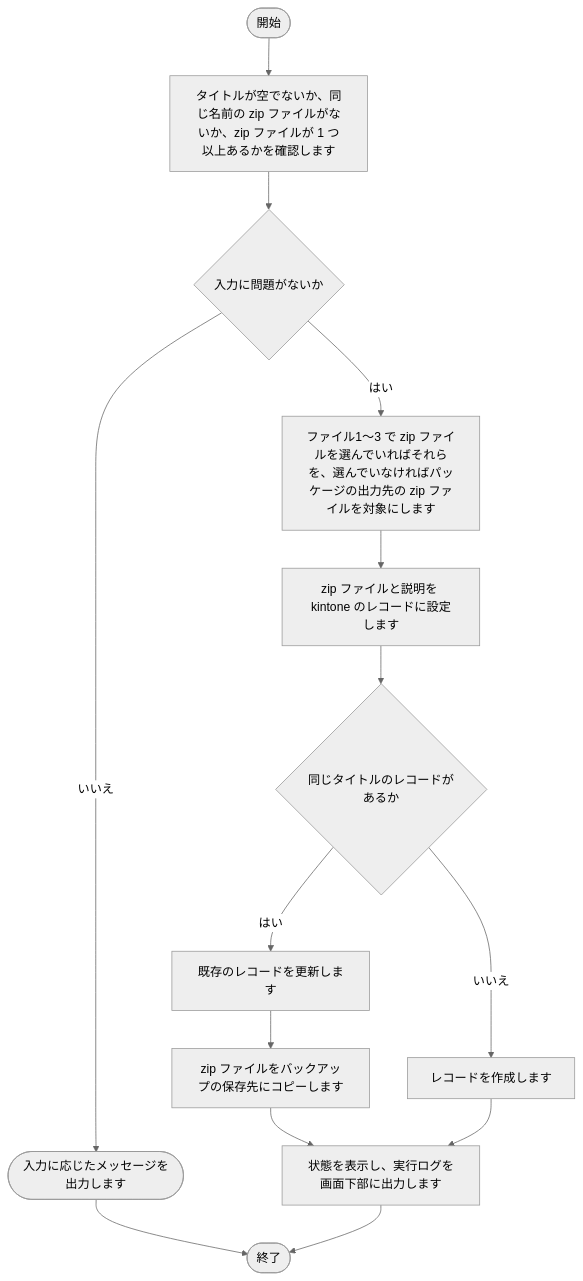
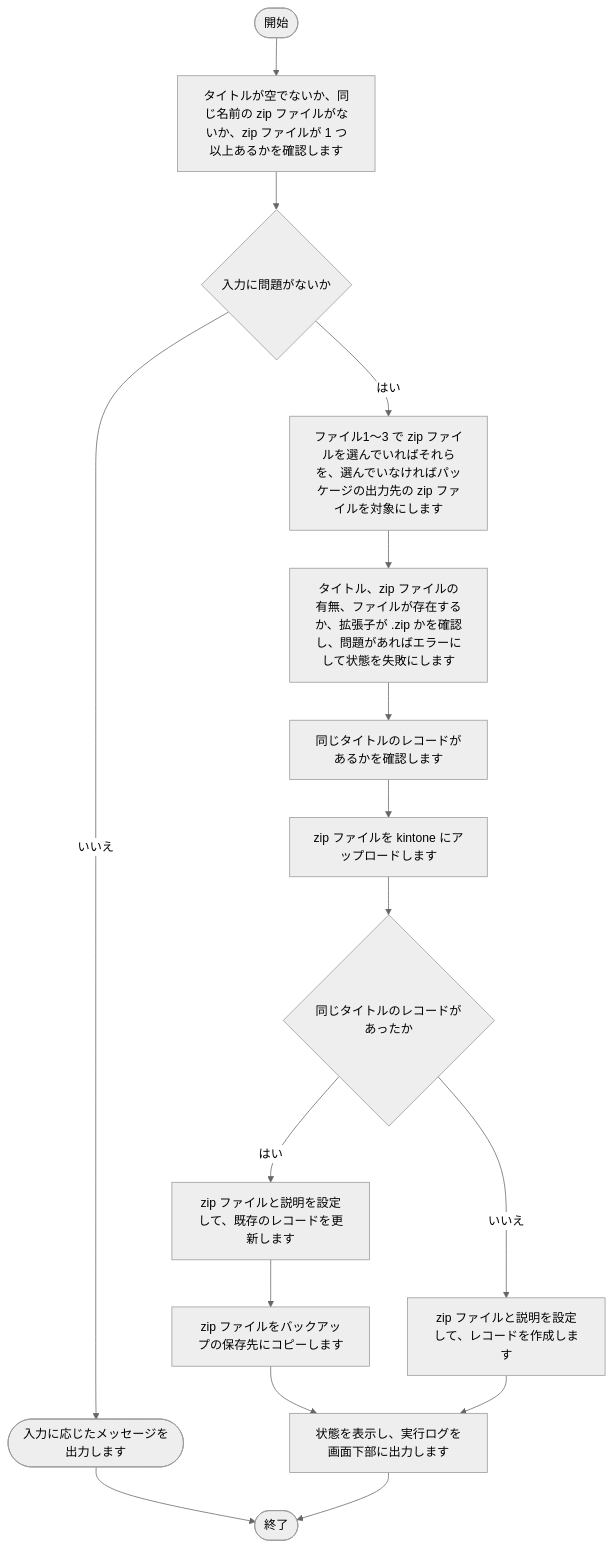
Before and after one commit to nishida2073/project_management: the third of 13 diagrams in tool/package-generator/doc/02_設計/処理フロー.md, drawn with Mermaid (neutral theme). The commit also changed other lines of this file and 4 other files, not shown here.

````diff
--- a/tool/package-generator/doc/02_設計/処理フロー.md
+++ b/tool/package-generator/doc/02_設計/処理フロー.md
@@ -104,28 +109,32 @@
 ```mermaid
 flowchart TD
     S(["開始"])
     E(["終了"])
     N1["タイトルが空でないか、同じ名前の zip ファイルがないか、zip ファイルが 1 つ以上あるかを確認します"]
     S --> N1
     N2{"入力に問題がないか"}
     N1 --> N2
     X1(["入力に応じたメッセージを出力します"])
     N2 -- いいえ --> X1
     X1 --> E
     N3["ファイル1〜3 で zip ファイルを選んでいればそれらを、選んでいなければパッケージの出力先の zip ファイルを対象にします"]
     N2 -- はい --> N3
-    N4["zip ファイルと説明を kintone のレコードに設定します"]
-    N3 --> N4
-    N5{"同じタイトルのレコードがあるか"}
-    N4 --> N5
-    N5U["既存のレコードを更新します"]
+    N3V["タイトル、zip ファイルの有無、ファイルが存在するか、拡張子が .zip かを確認し、問題があればエラーにして状態を失敗にします"]
+    N3 --> N3V
+    N4["同じタイトルのレコードがあるかを確認します"]
+    N3V --> N4
+    N4F["zip ファイルを kintone にアップロードします"]
+    N4 --> N4F
+    N5{"同じタイトルのレコードがあったか"}
+    N4F --> N5
+    N5U["zip ファイルと説明を設定して、既存のレコードを更新します"]
     N5 -- はい --> N5U
-    N5C["レコードを作成します"]
+    N5C["zip ファイルと説明を設定して、レコードを作成します"]
     N5 -- いいえ --> N5C
     N5B["zip ファイルをバックアップの保存先にコピーします"]
     N5U --> N5B
     N6["状態を表示し、実行ログを画面下部に出力します"]
     N5B --> N6
     N5C --> N6
     N6 --> E
 ```
````
